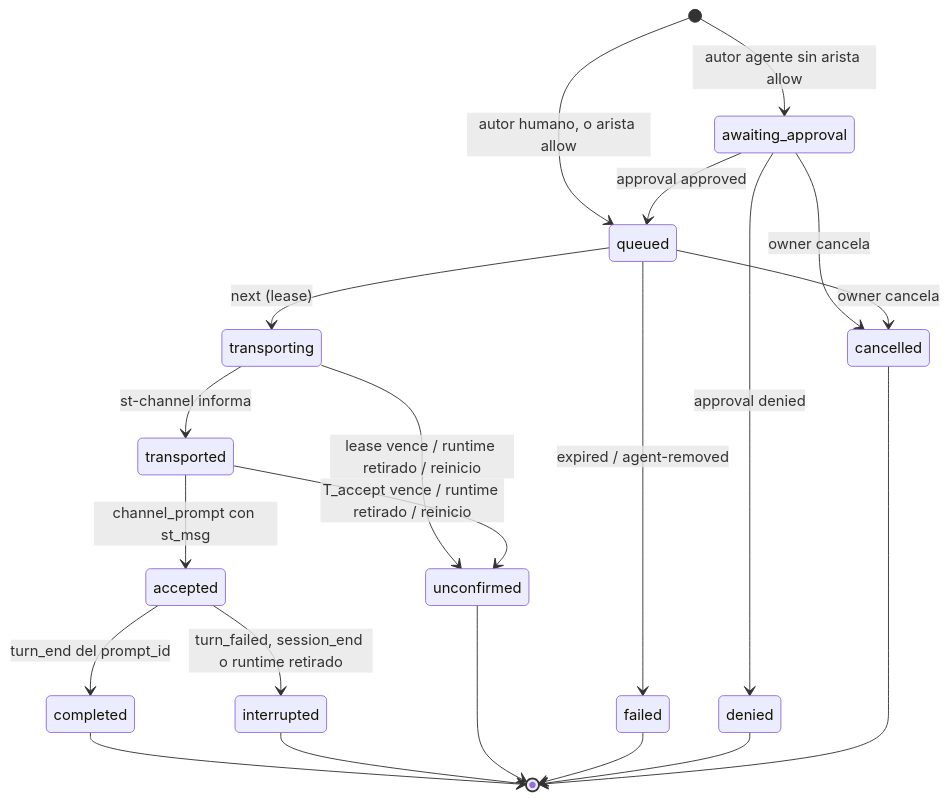
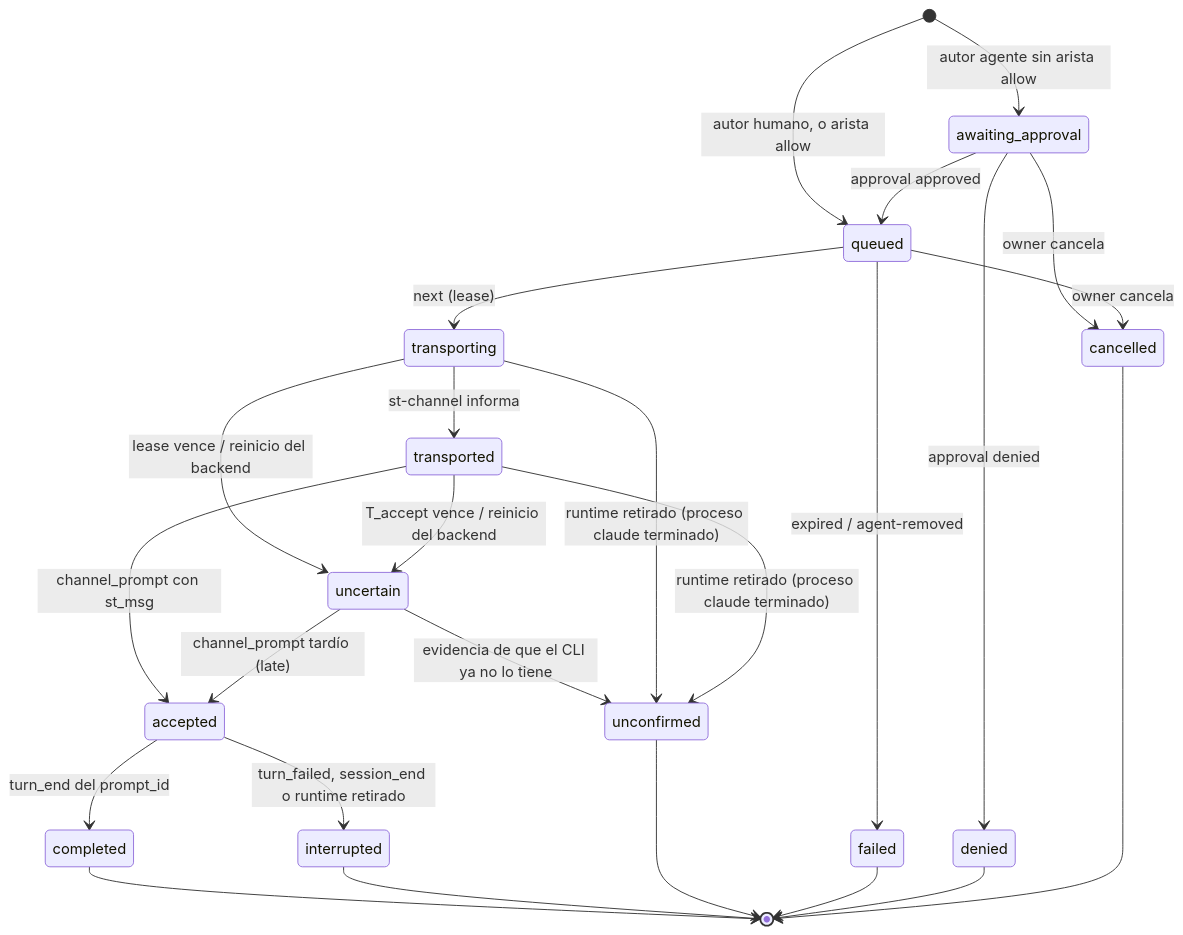
One commit to gatof81/shared-terminal changed the diagram in docs/design/project-chat/03-protocol.md. Above: the diagram before and after it, drawn with Mermaid. The commit also changed other lines of this file and 9 other files, not shown here.

````diff
--- a/docs/design/project-chat/03-protocol.md
+++ b/docs/design/project-chat/03-protocol.md
@@ -97,23 +102,27 @@
 ```mermaid
 stateDiagram-v2
   [*] --> awaiting_approval: autor agente sin arista allow
   [*] --> queued: autor humano, o arista allow
   awaiting_approval --> queued: approval approved
   awaiting_approval --> denied: approval denied
   awaiting_approval --> cancelled: owner cancela
   queued --> transporting: next (lease)
   queued --> cancelled: owner cancela
   queued --> failed: expired / agent-removed
   transporting --> transported: st-channel informa
-  transporting --> unconfirmed: lease vence / runtime retirado / reinicio
+  transporting --> uncertain: lease vence / reinicio del backend
   transported --> accepted: channel_prompt con st_msg
-  transported --> unconfirmed: T_accept vence / runtime retirado / reinicio
+  transported --> uncertain: T_accept vence / reinicio del backend
+  uncertain --> accepted: channel_prompt tardío (late)
+  uncertain --> unconfirmed: evidencia de que el CLI ya no lo tiene
+  transporting --> unconfirmed: runtime retirado (proceso claude terminado)
+  transported --> unconfirmed: runtime retirado (proceso claude terminado)
   accepted --> completed: turn_end del prompt_id
   accepted --> interrupted: turn_failed, session_end o runtime retirado
   completed --> [*]
   interrupted --> [*]
   unconfirmed --> [*]
   failed --> [*]
   denied --> [*]
   cancelled --> [*]
 ```
````
